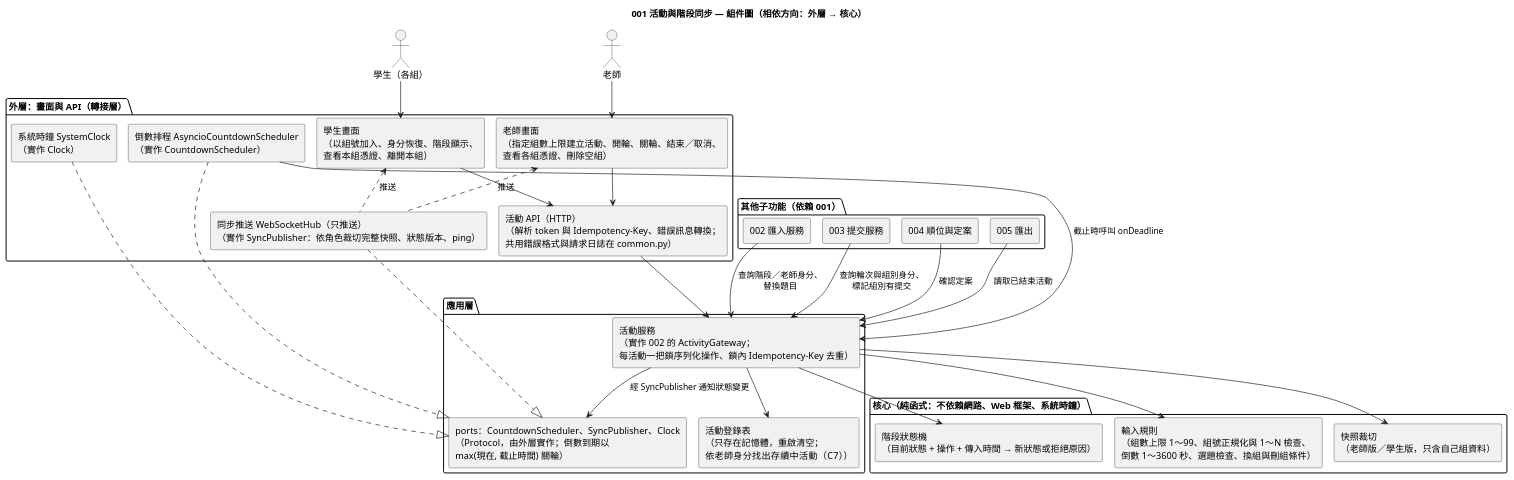
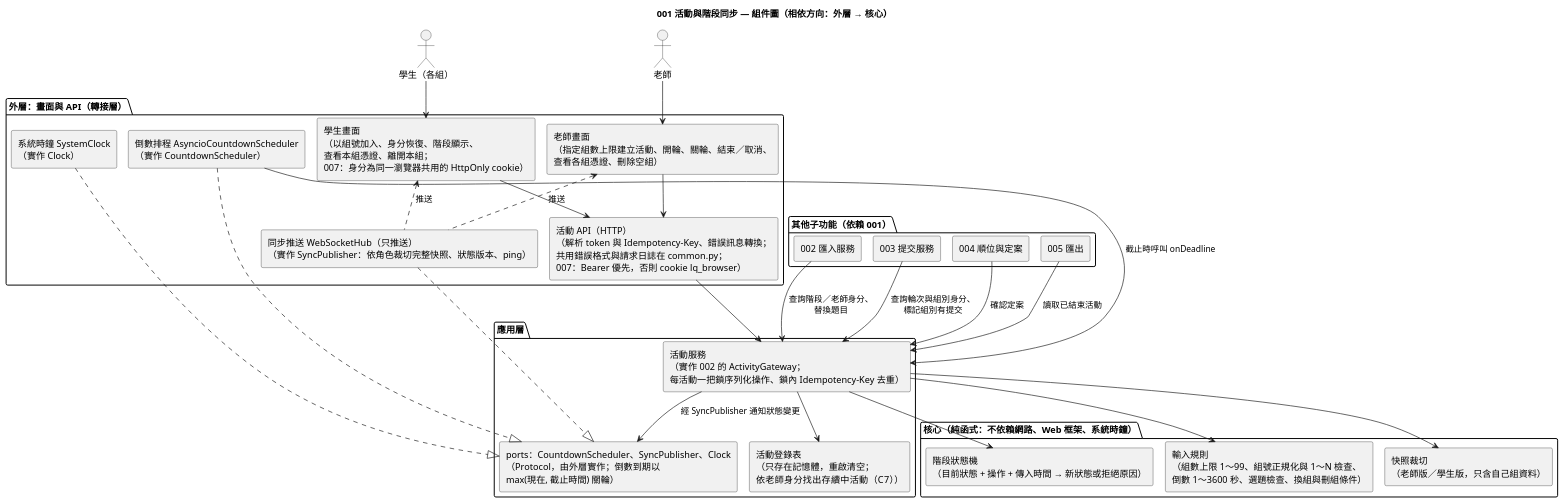
The diagram in diagrams/001-activity-session-component.puml (EricC430/lecture-answer-first_group16_speckit), drawn with PlantUML before and after one commit. The commit also changed 81 other files, not shown here.

```diff
--- a/diagrams/001-activity-session-component.puml
+++ b/diagrams/001-activity-session-component.puml
@@ -1,58 +1,58 @@
 @startuml 001-activity-session-component
 !pragma layout smetana
 skinparam defaultFontName "Microsoft JhengHei"
 skinparam componentStyle rectangle
 title 001 活動與階段同步 — 組件圖（相依方向：外層 → 核心）
 
 actor "老師" as Teacher
 actor "學生（各組）" as Student
 
 package "外層：畫面與 API（轉接層）" {
   [老師畫面\n（指定組數上限建立活動、開輪、關輪、結束／取消、\n查看各組憑證、刪除空組）] as TeacherUI
-  [學生畫面\n（以組號加入、身分恢復、階段顯示、\n查看本組憑證、離開本組）] as StudentUI
-  [活動 API（HTTP）\n（解析 token 與 Idempotency-Key、錯誤訊息轉換；\n共用錯誤格式與請求日誌在 common.py）] as Api
+  [學生畫面\n（以組號加入、身分恢復、階段顯示、\n查看本組憑證、離開本組；\n007：身分為同一瀏覽器共用的 HttpOnly cookie）] as StudentUI
+  [活動 API（HTTP）\n（解析 token 與 Idempotency-Key、錯誤訊息轉換；\n共用錯誤格式與請求日誌在 common.py；\n007：Bearer 優先，否則 cookie lq_browser）] as Api
   [同步推送 WebSocketHub（只推送）\n（實作 SyncPublisher：依角色裁切完整快照、狀態版本、ping）] as Sync
   [倒數排程 AsyncioCountdownScheduler\n（實作 CountdownScheduler）] as TimerImpl
   [系統時鐘 SystemClock\n（實作 Clock）] as ClockImpl
 }
 
 package "應用層" {
   [活動服務\n（實作 002 的 ActivityGateway；\n每活動一把鎖序列化操作、鎖內 Idempotency-Key 去重）] as Service
   [ports：CountdownScheduler、SyncPublisher、Clock\n（Protocol，由外層實作；倒數到期以\nmax(現在, 截止時間) 關輪）] as Ports
   [活動登錄表\n（只存在記憶體，重啟清空；\n依老師身分找出存續中活動（C7））] as Registry
 }
 
 package "核心（純函式：不依賴網路、Web 框架、系統時鐘）" {
   [階段狀態機\n（目前狀態 + 操作 + 傳入時間 → 新狀態或拒絕原因）] as StateMachine
   [輸入規則\n（組數上限 1～99、組號正規化與 1～N 檢查、\n倒數 1～3600 秒、選題檢查、換組與刪組條件）] as Rules
   [快照裁切\n（老師版／學生版，只含自己組資料）] as View
 }
 
 package "其他子功能（依賴 001）" {
   [002 匯入服務] as Import
   [003 提交服務] as Submit
   [004 順位與定案] as Ranking
   [005 匯出] as Export
 }
 
 Teacher --> TeacherUI
 Student --> StudentUI
 TeacherUI --> Api
 StudentUI --> Api
 TeacherUI <.. Sync : 推送
 StudentUI <.. Sync : 推送
 Api --> Service
 TimerImpl ..|> Ports
 Sync ..|> Ports
 ClockImpl ..|> Ports
 TimerImpl --> Service : 截止時呼叫 onDeadline
 Service --> Registry
 Service --> StateMachine
 Service --> Rules
 Service --> View
 Service --> Ports : 經 SyncPublisher 通知狀態變更
 Import --> Service : 查詢階段／老師身分、\n替換題目
 Submit --> Service : 查詢輪次與組別身分、\n標記組別有提交
 Ranking --> Service : 確認定案
 Export --> Service : 讀取已結束活動
 @enduml
```
